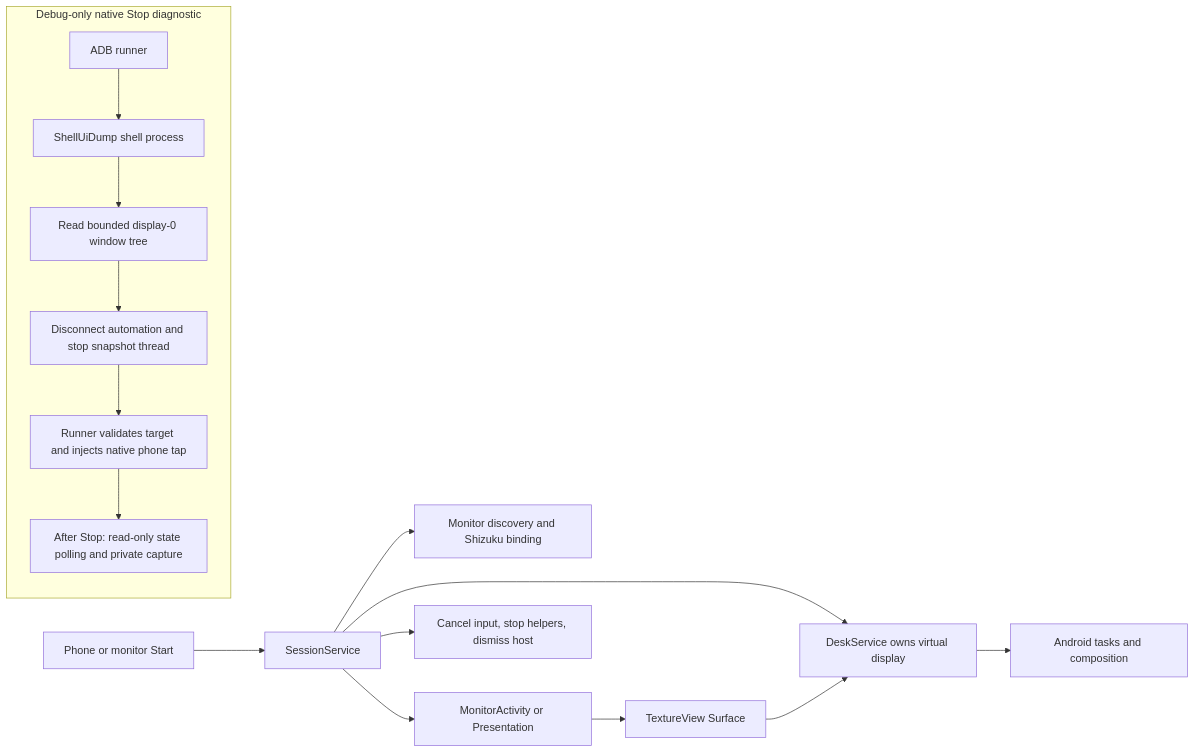
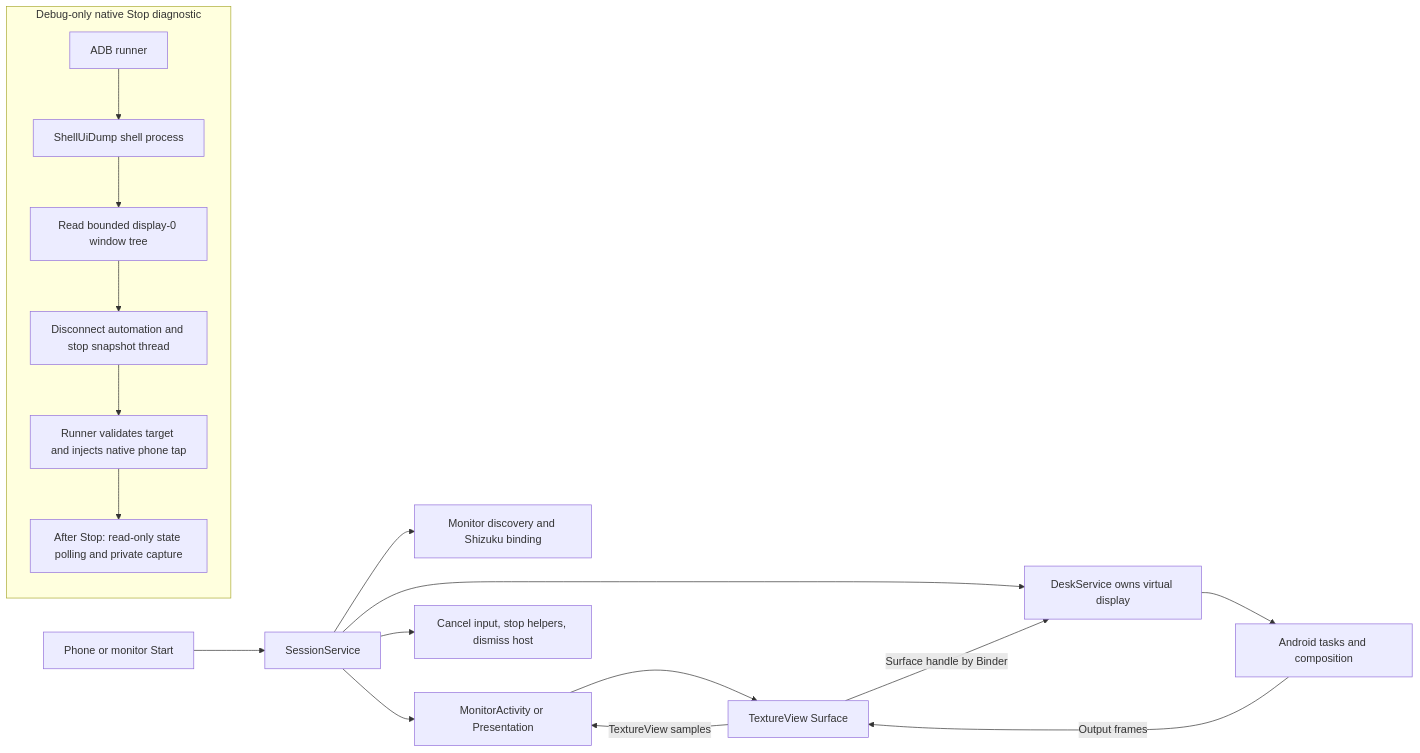
The first of 2 diagrams in docs/architecture/features/desktop-session.md (PhiLong-Ho/DexDroid), drawn with Mermaid before and after one commit. The commit also changed other lines of this file and 319 other files, not shown here.

````diff
--- a/docs/architecture/features/desktop-session.md
+++ b/docs/architecture/features/desktop-session.md
@@ -18,18 +18,20 @@
 ```mermaid
 flowchart LR
     Entry[Phone or monitor Start] --> Session[SessionService]
     Session --> Dependencies[Monitor discovery and Shizuku binding]
     Session --> Host[MonitorActivity or Presentation]
     Host --> Surface[TextureView Surface]
     Session --> Helper[DeskService owns virtual display]
-    Surface --> Helper
+    Surface -->|Surface handle by Binder| Helper
     Helper --> Android[Android tasks and composition]
+    Android -->|Output frames| Surface
+    Surface -->|TextureView samples| Host
     Session --> Cleanup[Cancel input, stop helpers, dismiss host]
     subgraph Diagnostic[Debug-only native Stop diagnostic]
         Runner[ADB runner] --> Dump[ShellUiDump shell process]
         Dump --> Snapshot[Read bounded display-0 window tree]
         Snapshot --> Detached[Disconnect automation and stop snapshot thread]
         Detached --> Tap[Runner validates target and injects native phone tap]
         Tap --> Observe[After Stop: read-only state polling and private capture]
     end
 ```
````
